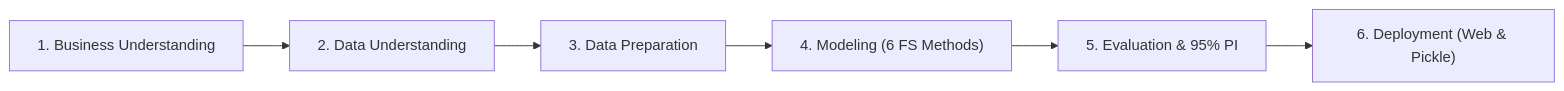
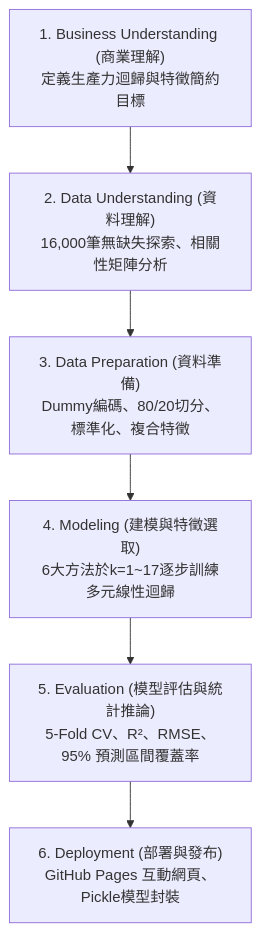
Before and after one commit to YuWen0621/1014hw2: the diagram in README.md, drawn with Mermaid. The commit also changed other lines of this file and 3 other files, not shown here.

````diff
--- a/README.md
+++ b/README.md
@@ -53,8 +61,8 @@
 ```mermaid
-flowchart LR
-    A["1. Business Understanding"] --> B["2. Data Understanding"]
-    B --> C["3. Data Preparation"]
-    C --> D["4. Modeling (6 FS Methods)"]
-    D --> E["5. Evaluation & 95% PI"]
-    E --> F["6. Deployment (Web & Pickle)"]
+flowchart TD
+    A["1. Business Understanding (商業理解)<br>定義生產力迴歸與特徵簡約目標"] --> B["2. Data Understanding (資料理解)<br>16,000筆無缺失探索、相關性矩陣分析"]
+    B --> C["3. Data Preparation (資料準備)<br>Dummy編碼、80/20切分、標準化、複合特徵"]
+    C --> D["4. Modeling (建模與特徵選取)<br>6大方法於k=1~17逐步訓練多元線性迴歸"]
+    D --> E["5. Evaluation (模型評估與統計推論)<br>5-Fold CV、R²、RMSE、95% 預測區間覆蓋率"]
+    E --> F["6. Deployment (部署與發布)<br>GitHub Pages 互動網頁、Pickle模型封裝"]
 ```
````
